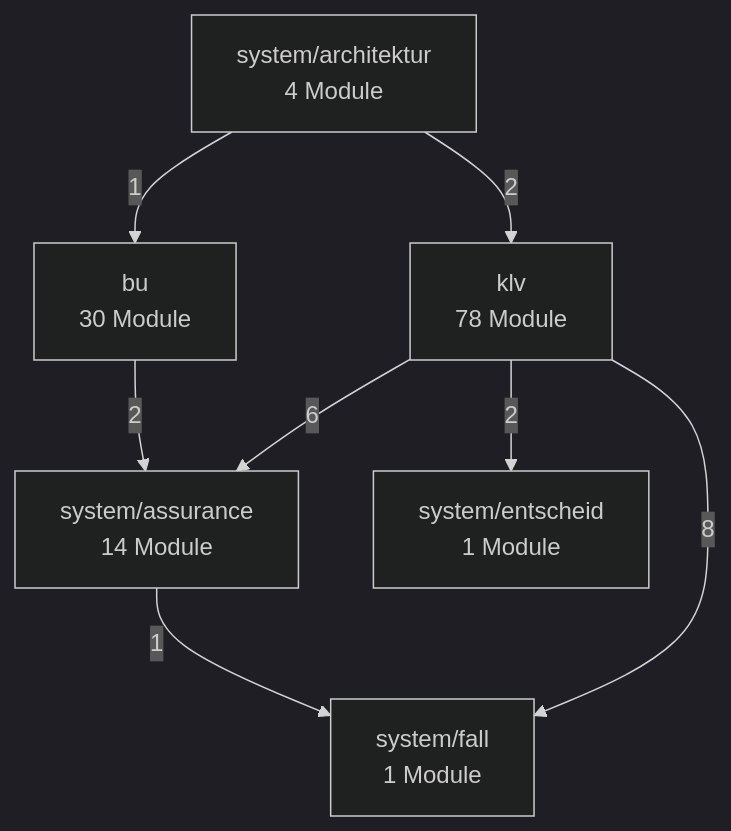
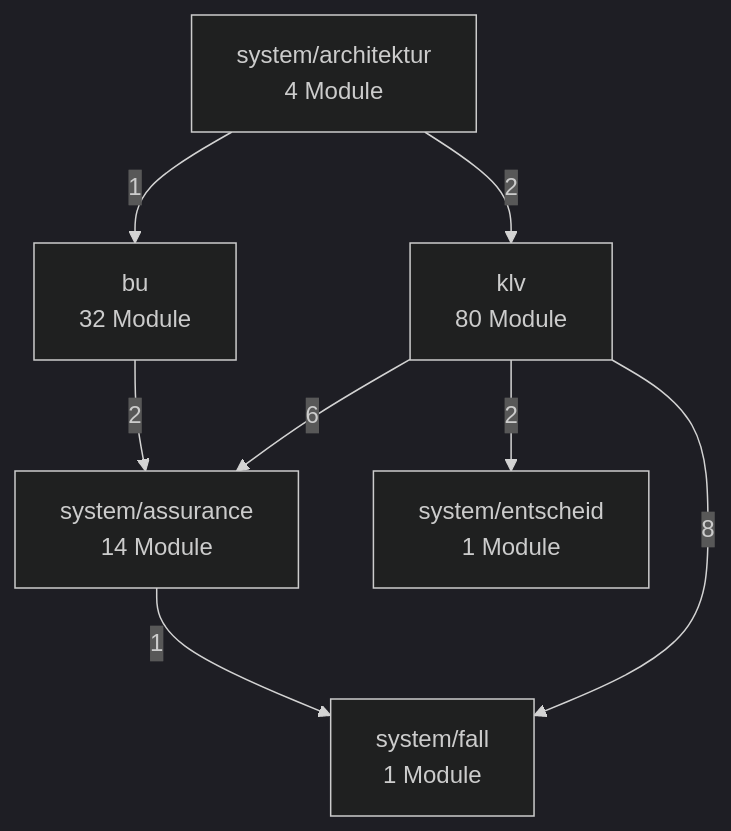
The second of 3 diagrams in docs/architektur/landkarte.md (bartlmac/rechner-pipeline), drawn with Mermaid (dark theme) before and after one commit. The commit also changed other lines of this file and 6 other files, not shown here.

````diff
--- a/docs/architektur/landkarte.md
+++ b/docs/architektur/landkarte.md
@@ -77,17 +78,17 @@
 ```mermaid
 %% Fachknoten — erzeugt von ontologie.landkarte
 flowchart TD
-    bu["bu<br/>30 Module"]
-    klv["klv<br/>78 Module"]
+    bu["bu<br/>32 Module"]
+    klv["klv<br/>80 Module"]
     system_architektur["system/architektur<br/>4 Module"]
     system_assurance["system/assurance<br/>14 Module"]
     system_entscheid["system/entscheid<br/>1 Module"]
     system_fall["system/fall<br/>1 Module"]
     bu -- 2 --> system_assurance
     klv -- 6 --> system_assurance
     klv -- 2 --> system_entscheid
     klv -- 8 --> system_fall
     system_architektur -- 1 --> bu
     system_architektur -- 2 --> klv
     system_assurance -- 1 --> system_fall
 ```
````
